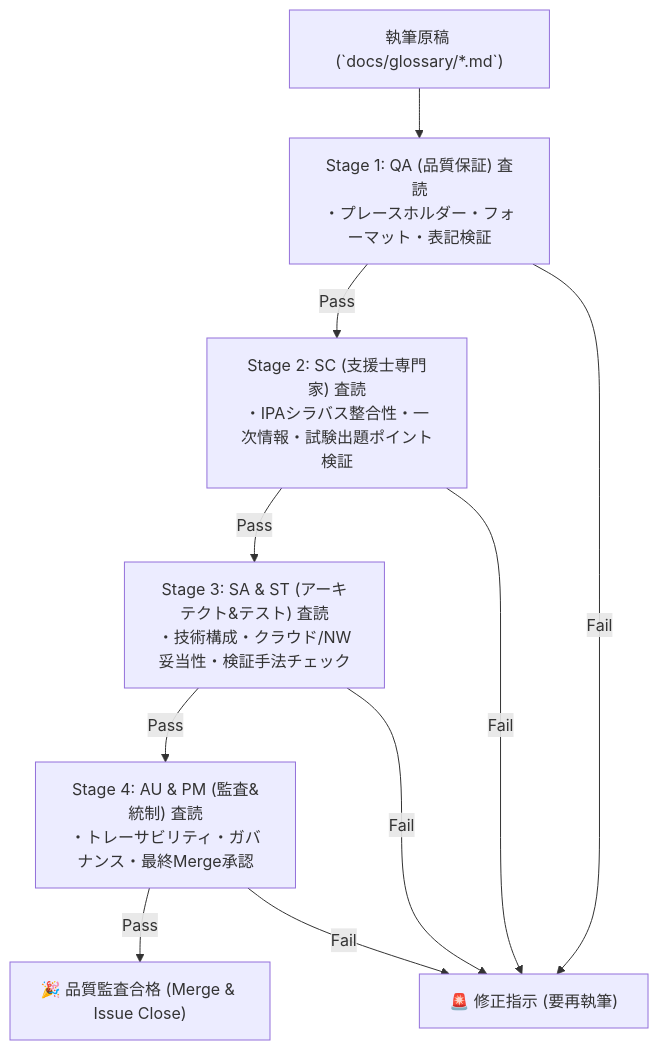
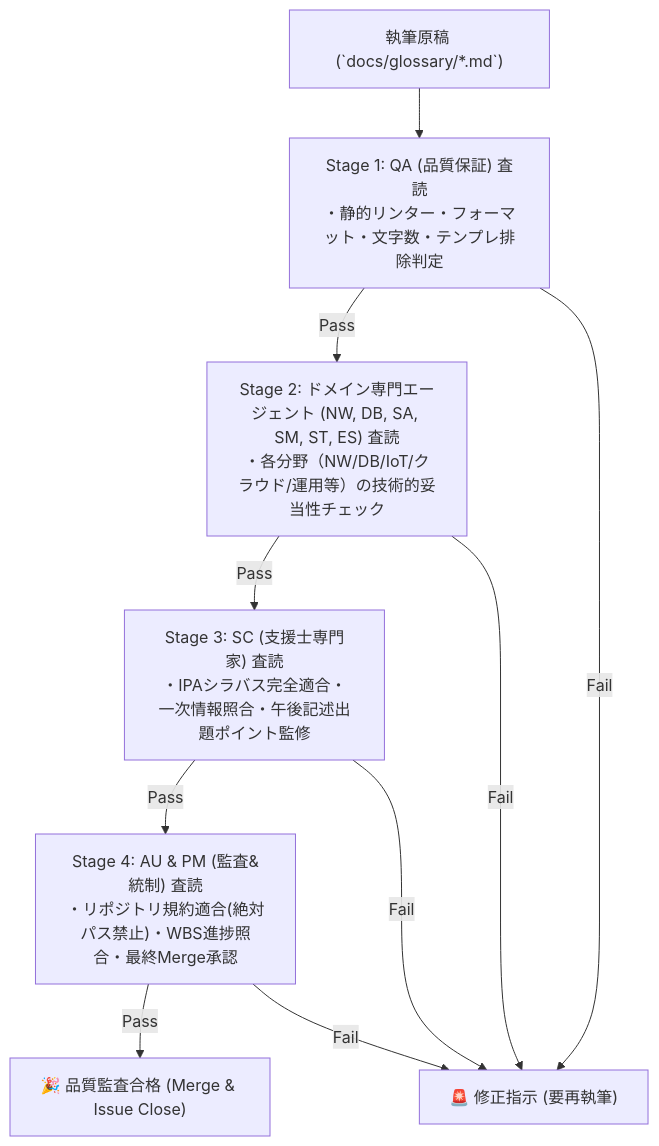
One commit to rokujyouhitoma/registered-Information-security-specialist-examination changed the diagram in project-docs/glossary_refinement_plan.md. Above: the diagram before and after it, drawn with Mermaid. The commit also changed other lines of this file, not shown here.

Commit message:
docs(glossary): update QA plan to integrate all 10 specialist agent roles

````diff
--- a/project-docs/glossary_refinement_plan.md
+++ b/project-docs/glossary_refinement_plan.md
@@ -27,13 +27,13 @@
 ```mermaid
 flowchart TD
-    Draft["執筆原稿 (`docs/glossary/*.md`)"] --> Gate1["Stage 1: QA (品質保証) 査読<br/>・プレースホルダー・フォーマット・表記検証"]
-    Gate1 -- Pass --> Gate2["Stage 2: SC (支援士専門家) 査読<br/>・IPAシラバス整合性・一次情報・試験出題ポイント検証"]
-    Gate2 -- Pass --> Gate3["Stage 3: SA & ST (アーキテクト&テスト) 査読<br/>・技術構成・クラウド/NW妥当性・検証手法チェック"]
-    Gate3 -- Pass --> Gate4["Stage 4: AU & PM (監査&統制) 査読<br/>・トレーサビリティ・ガバナンス・最終Merge承認"]
+    Draft["執筆原稿 (`docs/glossary/*.md`)"] --> Gate1["Stage 1: QA (品質保証) 査読<br/>・静的リンター・フォーマット・文字数・テンプレ排除判定"]
+    Gate1 -- Pass --> Gate2["Stage 2: ドメイン専門エージェント (NW, DB, SA, SM, ST, ES) 査読<br/>・各分野（NW/DB/IoT/クラウド/運用等）の技術的妥当性チェック"]
+    Gate2 -- Pass --> Gate3["Stage 3: SC (支援士専門家) 査読<br/>・IPAシラバス完全適合・一次情報照合・午後記述出題ポイント監修"]
+    Gate3 -- Pass --> Gate4["Stage 4: AU & PM (監査&統制) 査読<br/>・リポジトリ規約適合(絶対パス禁止)・WBS進捗照合・最終Merge承認"]
     Gate4 -- Pass --> Merged["🎉 品質監査合格 (Merge & Issue Close)"]
 
     Gate1 -- Fail --> Reject["🚨 修正指示 (要再執筆)"]
     Gate2 -- Fail --> Reject
     Gate3 -- Fail --> Reject
     Gate4 -- Fail --> Reject
 ```
````
